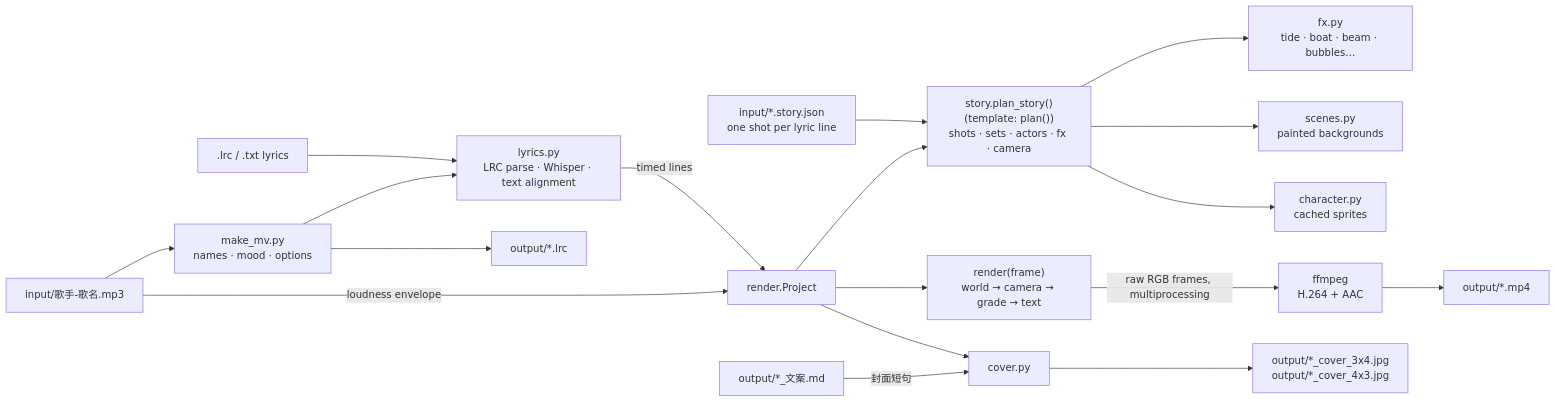
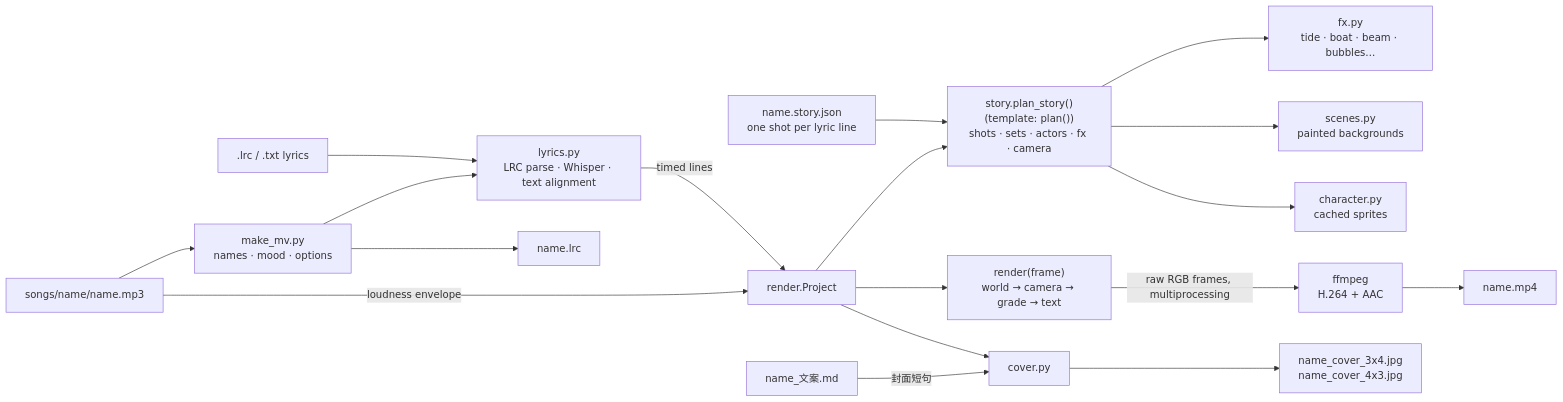
Before and after one commit to masskx/majiaozhu: the diagram in README.md, drawn with Mermaid. The commit also changed other lines of this file and 50 other files, not shown here.

First line of the commit message:
Reorganize: one folder per song, references/ and archive/

````diff
--- a/README.md
+++ b/README.md
@@ -153,19 +161,19 @@
 ```mermaid
 flowchart LR
-    MP3[input/歌手-歌名.mp3] --> CLI[make_mv.py<br/>names · mood · options]
+    MP3[songs/name/name.mp3] --> CLI[make_mv.py<br/>names · mood · options]
     LYR[.lrc / .txt lyrics] --> L
     CLI --> L[lyrics.py<br/>LRC parse · Whisper · text alignment]
     L -->|timed lines| P[render.Project]
     MP3 -->|loudness envelope| P
-    STORY[input/*.story.json<br/>one shot per lyric line] --> PLAN
+    STORY[name.story.json<br/>one shot per lyric line] --> PLAN
     P --> PLAN["story.plan_story()<br/>(template: plan())<br/>shots · sets · actors · fx · camera"]
     PLAN --> FX[fx.py<br/>tide · boat · beam · bubbles…]
     PLAN --> SC[scenes.py<br/>painted backgrounds]
     PLAN --> CH[character.py<br/>cached sprites]
     P --> FR["render(frame)<br/>world → camera → grade → text"]
     FR -->|raw RGB frames, multiprocessing| FF[ffmpeg<br/>H.264 + AAC]
-    FF --> MP4[output/*.mp4]
-    P --> CV[cover.py] --> JPG[output/*_cover_3x4.jpg<br/>output/*_cover_4x3.jpg]
-    CLI --> LRC[output/*.lrc]
-    CP[output/*_文案.md] -->|封面短句| CV
+    FF --> MP4[name.mp4]
+    P --> CV[cover.py] --> JPG[name_cover_3x4.jpg<br/>name_cover_4x3.jpg]
+    CLI --> LRC[name.lrc]
+    CP[name_文案.md] -->|封面短句| CV
 ```
````
